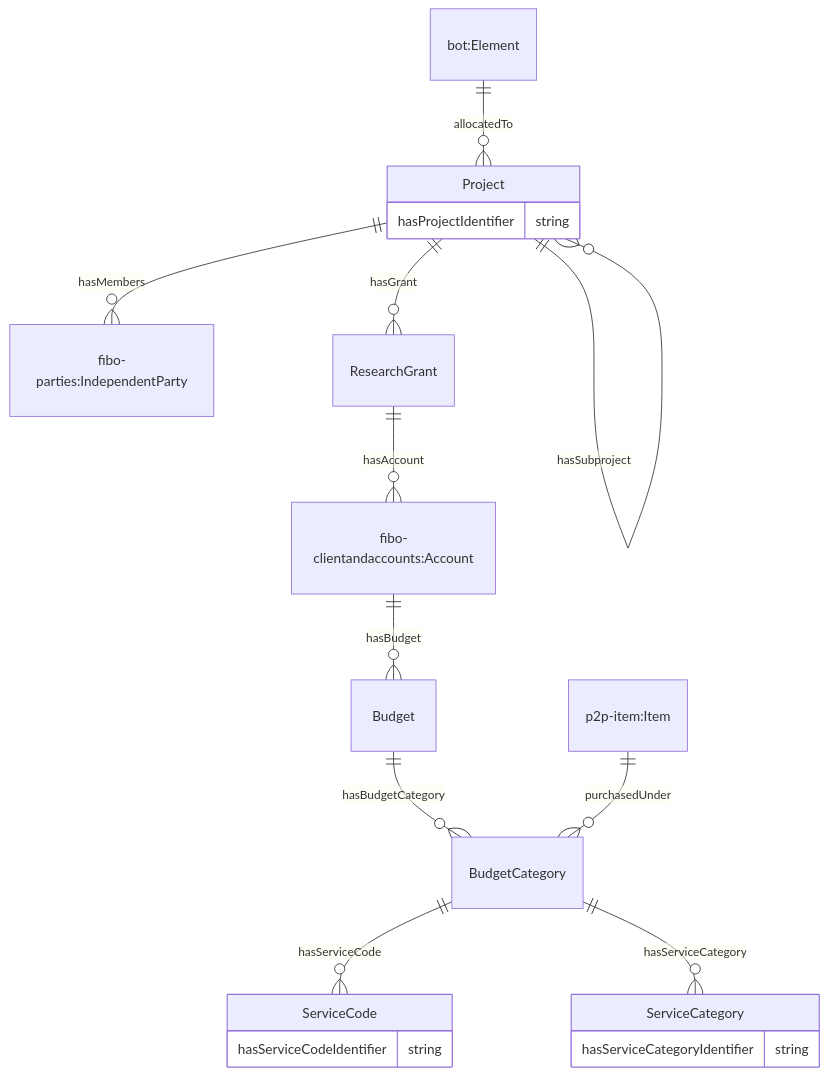
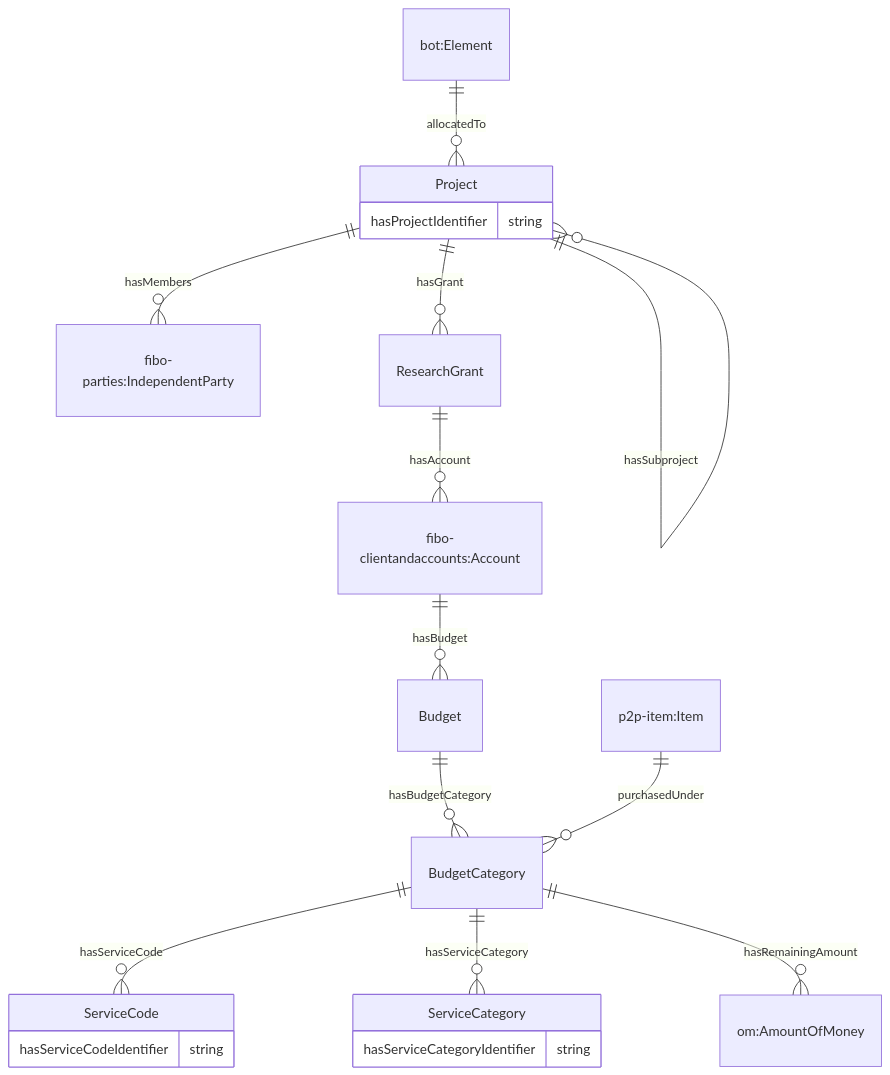
Before and after one commit to cambridge-cares/TheWorldAvatar: the eighth of 8 diagrams in JPS_Ontology/ontology/ontoassetmanagement/README.MD, drawn with Mermaid. The commit also changed other lines of this file, not shown here.

Commit message:
1642-dev-ontoapplication-and-add-maintenance-concepts-to-ontoassetmanagement: Add hasRemaningAmount to mermaid diagram and made minor changes

````diff
--- a/JPS_Ontology/ontology/ontoassetmanagement/README.MD
+++ b/JPS_Ontology/ontology/ontoassetmanagement/README.MD
@@ -166,22 +164,23 @@
 ```mermaid
     erDiagram
     "bot:Element" ||--o{ "Project" : allocatedTo
     "Project" ||--o{ "Project" : hasSubproject
     "Project" ||--o{ "fibo-parties:IndependentParty" : hasMembers
     "Project" ||--o{ "ResearchGrant" : hasGrant
     "Project" {
         hasProjectIdentifier string
     }
     "ResearchGrant" ||--o{ "fibo-clientandaccounts:Account" : hasAccount
     "fibo-clientandaccounts:Account" ||--o{ "Budget" : hasBudget
     "Budget" ||--o{ "BudgetCategory" : hasBudgetCategory
     "BudgetCategory" ||--o{ "ServiceCode" : hasServiceCode
     "ServiceCode" {
         hasServiceCodeIdentifier string
     }
     "BudgetCategory" ||--o{ "ServiceCategory" : hasServiceCategory
     "ServiceCategory" {
         hasServiceCategoryIdentifier string
     }
     "p2p-item:Item" ||--o{ "BudgetCategory" : purchasedUnder
+    "BudgetCategory" ||--o{ "om:AmountOfMoney" : hasRemainingAmount
 ```
````
